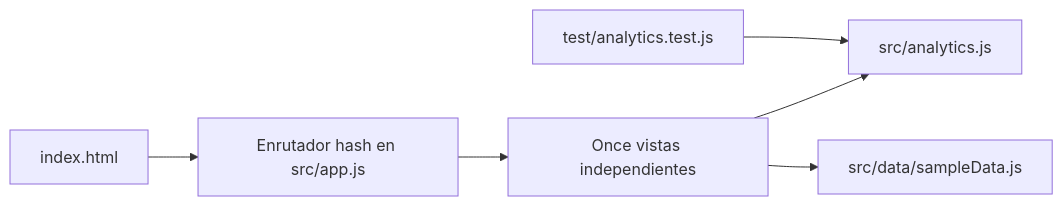
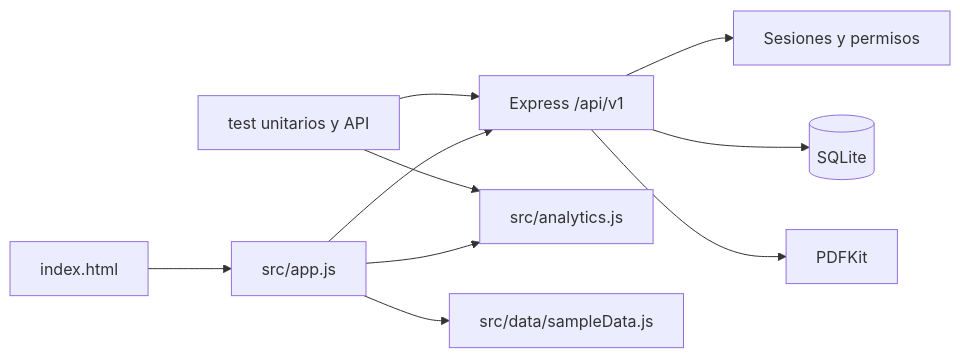
Before and after one commit to TheKnight2122/social-audit-pro: the second of 2 diagrams in docs/07-arquitectura.md, drawn with Mermaid. The commit also changed other lines of this file and 17 other files, not shown here.

````diff
--- a/docs/07-arquitectura.md
+++ b/docs/07-arquitectura.md
@@ -53,8 +53,12 @@
 ```mermaid
 flowchart LR
-    HTML[index.html] --> ROUTER[Enrutador hash en src/app.js]
-    ROUTER --> VIEWS[Once vistas independientes]
-    VIEWS --> ANALYTICS[src/analytics.js]
-    VIEWS --> DATA[src/data/sampleData.js]
-    TEST[test/analytics.test.js] --> ANALYTICS
+    HTML[index.html] --> ROUTER[src/app.js]
+    ROUTER --> API[Express /api/v1]
+    API --> AUTH[Sesiones y permisos]
+    API --> DB[(SQLite)]
+    API --> PDF[PDFKit]
+    ROUTER --> ANALYTICS[src/analytics.js]
+    ROUTER --> DEMO[src/data/sampleData.js]
+    TEST[test unitarios y API] --> API
+    TEST --> ANALYTICS
 ```
````
